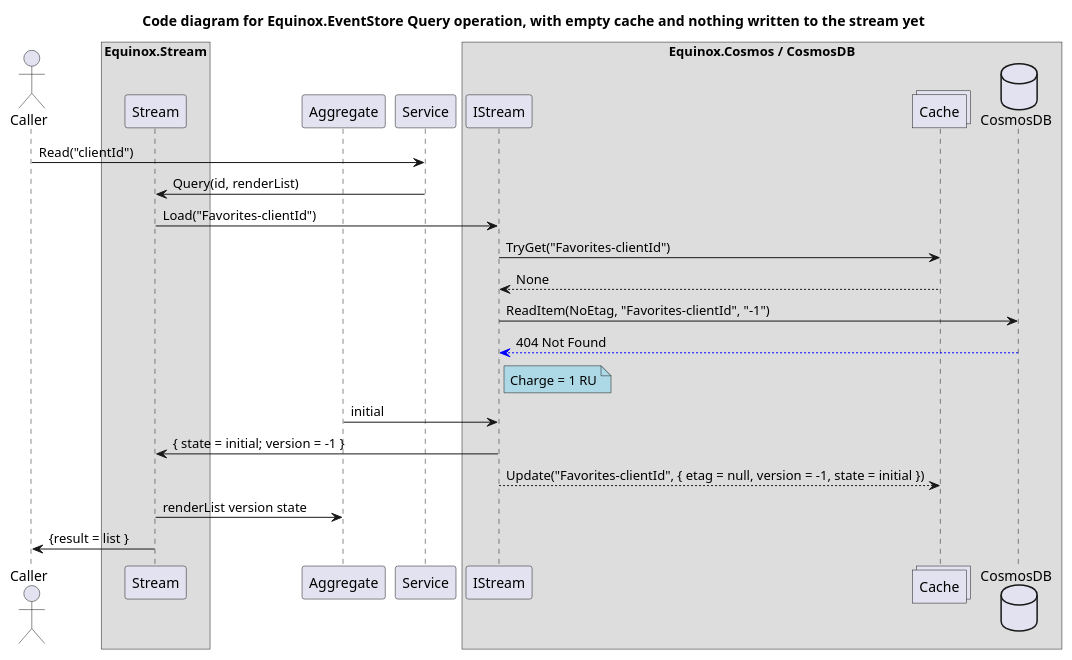
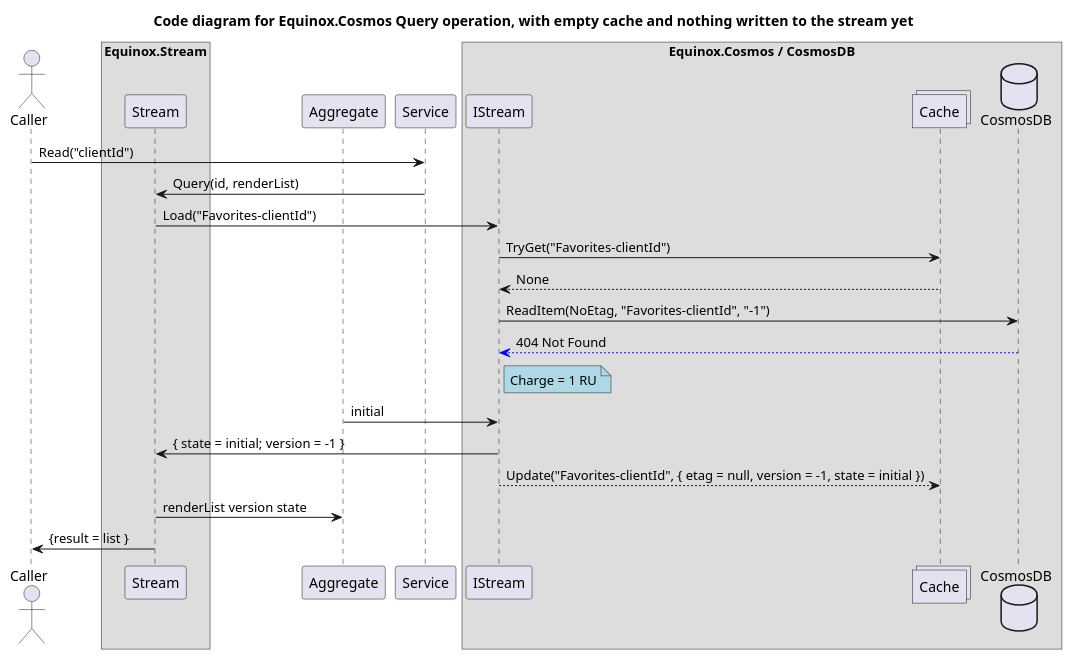
One commit to jet/equinox changed the first of 4 diagrams in diagrams/CosmosCode.puml. Above: the diagram before and after it, drawn with PlantUML. The commit also changed 5 other files, not shown here.

```diff
--- a/diagrams/CosmosCode.puml
+++ b/diagrams/CosmosCode.puml
@@ -1,30 +1,30 @@
 @startuml
-title Code diagram for Equinox.EventStore Query operation, with empty cache and nothing written to the stream yet
+title Code diagram for Equinox.Cosmos Query operation, with empty cache and nothing written to the stream yet
 
 actor Caller order 20 
 box "Equinox.Stream"
     participant Stream order 40
 end box
 participant Aggregate order 50
 participant Service order 60
 box "Equinox.Cosmos / CosmosDB"
   participant IStream order 80
   collections Cache order 90
   database CosmosDB order 100
 end box
 
 Caller -> Service: Read("clientId")
 participant Aggregate
 Service -> Stream: Query(id, renderList)
 Stream -> IStream: Load("Favorites-clientId")
 IStream -> Cache: TryGet("Favorites-clientId")
 Cache --> IStream: None
 IStream -> CosmosDB: ReadItem(NoEtag, "Favorites-clientId", "-1")
 CosmosDB -[#blue]-> IStream: 404 Not Found
 note right IStream #lightblue: Charge = 1 RU
 IStream <- Aggregate: initial
 IStream -> Stream: { state = initial; version = -1 }
 IStream --> Cache: Update("Favorites-clientId", { etag = null, version = -1, state = initial })
 Stream -> Aggregate: renderList version state
 Stream -> Caller: {result = list }
 @enduml
```
